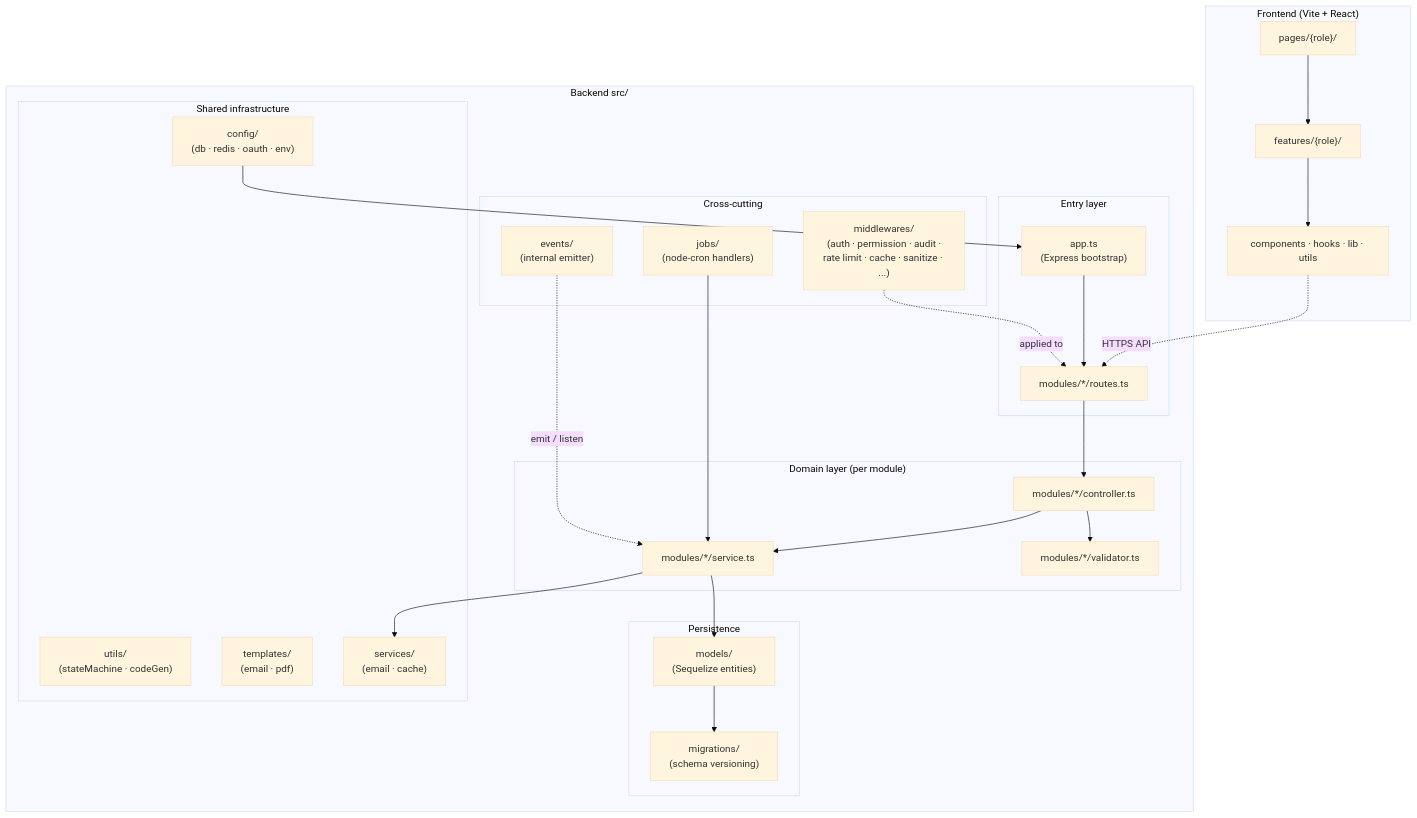
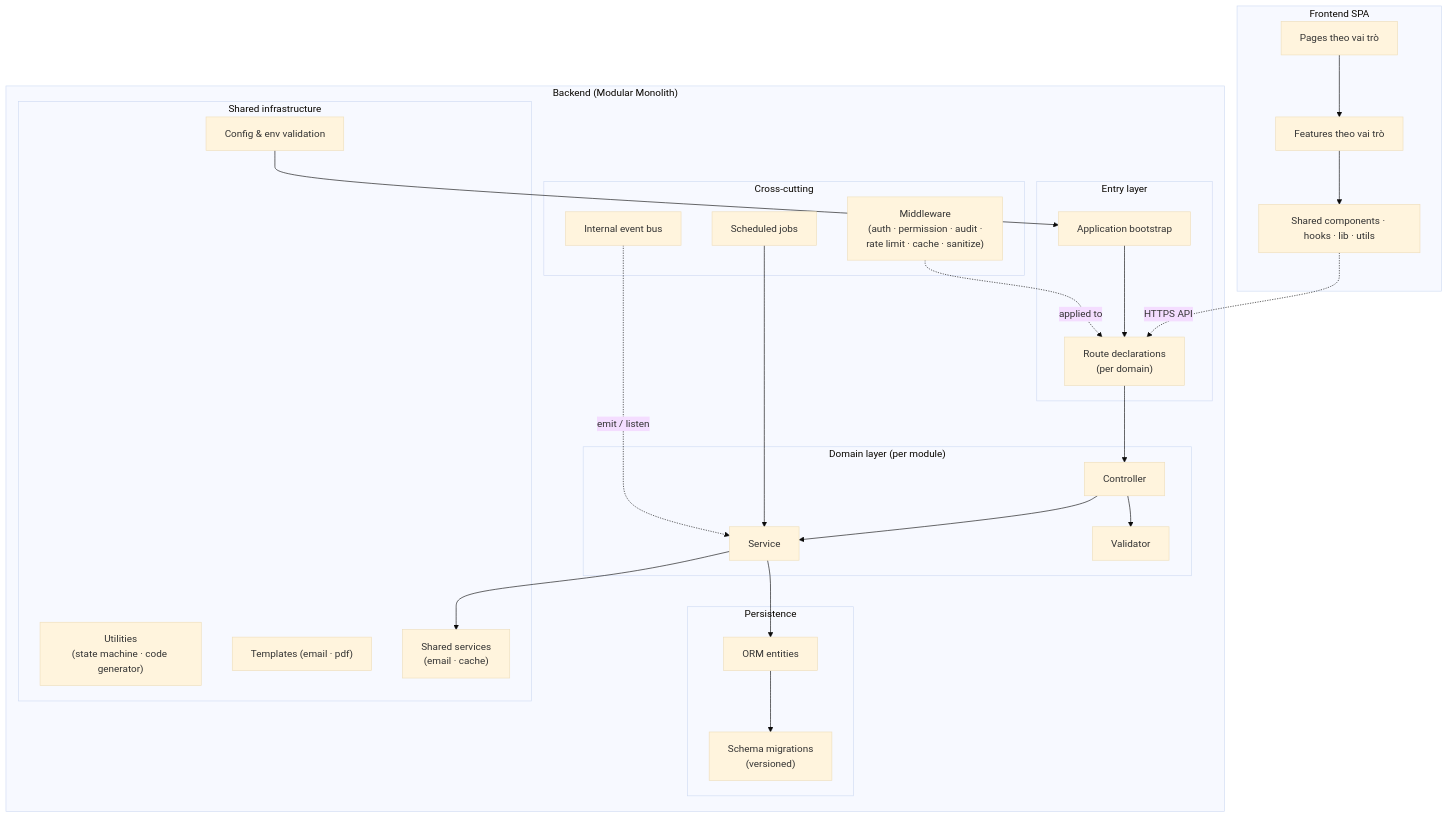
One commit to MinhThienNguyen040905/SE356---He-thong-phong-kham changed the second of 11 diagrams in Docs/ADD.md. Above: the diagram before and after it, drawn with Mermaid (base theme). The commit also changed other lines of this file, not shown here.

````diff
--- a/Docs/ADD.md
+++ b/Docs/ADD.md
@@ -423,49 +425,49 @@
 ```mermaid
 graph TB
-    subgraph Frontend["Frontend (Vite + React)"]
-        FPAGES["pages/{role}/"]
-        FFEAT["features/{role}/"]
-        FSHARED["components · hooks · lib · utils"]
+    subgraph Frontend["Frontend SPA"]
+        FPAGES["Pages theo vai trò"]
+        FFEAT["Features theo vai trò"]
+        FSHARED["Shared components · hooks · lib · utils"]
     end
 
-    subgraph Backend["Backend src/"]
+    subgraph Backend["Backend (Modular Monolith)"]
         subgraph Entry["Entry layer"]
-            APP["app.ts<br/>(Express bootstrap)"]
-            ROUTES["modules/*/routes.ts"]
+            APP["Application bootstrap"]
+            ROUTES["Route declarations<br/>(per domain)"]
         end
         subgraph Domain["Domain layer (per module)"]
-            CTRL["modules/*/controller.ts"]
-            SVC["modules/*/service.ts"]
-            VAL["modules/*/validator.ts"]
+            CTRL["Controller"]
+            SVC["Service"]
+            VAL["Validator"]
         end
         subgraph Cross["Cross-cutting"]
-            MW2["middlewares/<br/>(auth · permission · audit ·<br/>rate limit · cache · sanitize · ...)"]
-            JBS["jobs/<br/>(node-cron handlers)"]
-            EVTS["events/<br/>(internal emitter)"]
+            MW2["Middleware<br/>(auth · permission · audit ·<br/>rate limit · cache · sanitize)"]
+            JBS["Scheduled jobs"]
+            EVTS["Internal event bus"]
         end
         subgraph Persist["Persistence"]
-            MOD["models/<br/>(Sequelize entities)"]
-            MIG["migrations/<br/>(schema versioning)"]
+            MOD["ORM entities"]
+            MIG["Schema migrations<br/>(versioned)"]
         end
         subgraph Shared["Shared infrastructure"]
-            CFG["config/<br/>(db · redis · oauth · env)"]
-            UTL["utils/<br/>(stateMachine · codeGen)"]
-            TPL["templates/<br/>(email · pdf)"]
-            ISVC["services/<br/>(email · cache)"]
+            CFG["Config & env validation"]
+            UTL["Utilities<br/>(state machine · code generator)"]
+            TPL["Templates (email · pdf)"]
+            ISVC["Shared services<br/>(email · cache)"]
         end
     end
 
     FPAGES --> FFEAT --> FSHARED
     FSHARED -. HTTPS API .-> ROUTES
     APP --> ROUTES
     ROUTES --> CTRL
     CTRL --> SVC
     CTRL --> VAL
     SVC --> MOD
     SVC --> ISVC
     MW2 -. applied to .-> ROUTES
     JBS --> SVC
     EVTS -. emit / listen .-> SVC
     MOD --> MIG
     CFG --> APP
 ```
````
